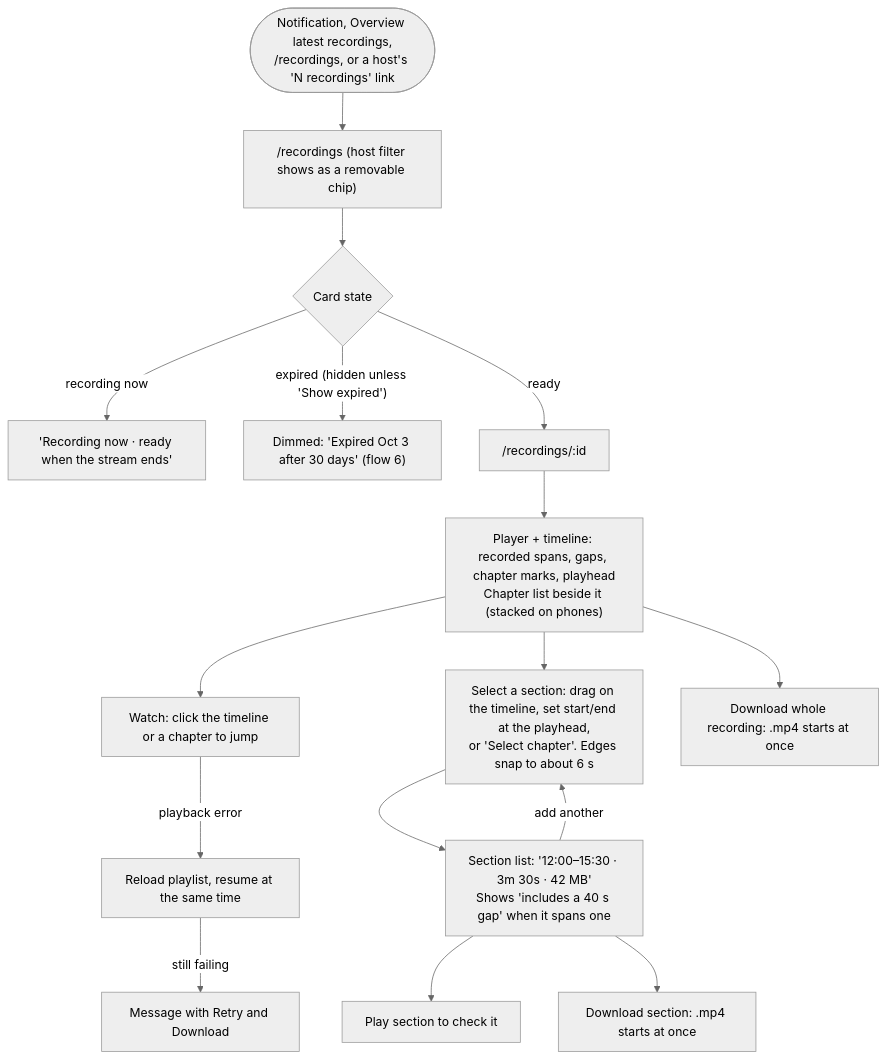
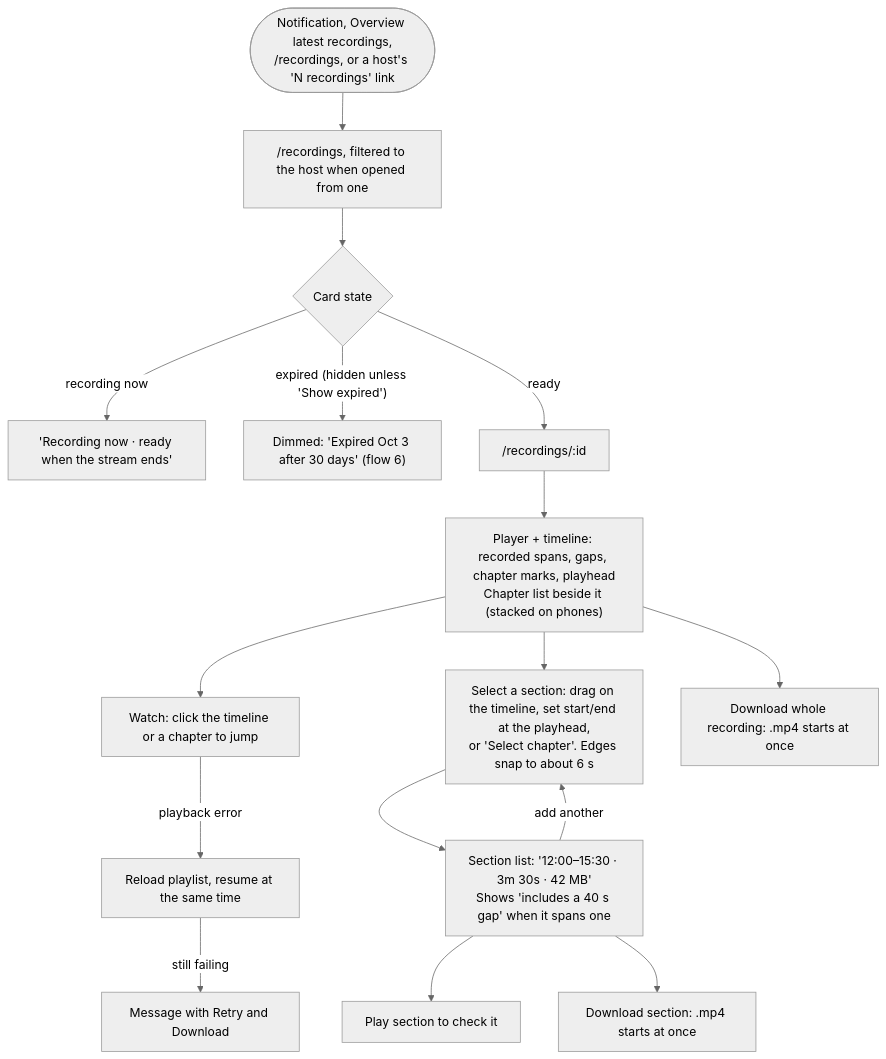
The fourth of 11 diagrams in docs/user-flows.md (binhld98/AutoRecordLive), drawn with Mermaid (neutral theme) before and after one commit. The commit also changed other lines of this file, not shown here.

Commit message:
docs: add active listeners to user flows

````diff
--- a/docs/user-flows.md
+++ b/docs/user-flows.md
@@ -150,18 +161,18 @@
 ```mermaid
 flowchart TD
-  entry(["Notification, Overview latest recordings,<br/>/recordings, or a host's 'N recordings' link"]) --> list["/recordings (host filter shows as a removable chip)"]
+  entry(["Notification, Overview latest recordings,<br/>/recordings, or a host's 'N recordings' link"]) --> list["/recordings, filtered to the host when opened from one"]
   list --> card{"Card state"}
   card -- "recording now" --> inprog["'Recording now · ready when the stream ends'"]
   card -- "expired (hidden unless 'Show expired')" --> expired["Dimmed: 'Expired Oct 3 after 30 days' (flow 6)"]
   card -- ready --> detail["/recordings/:id"]
   detail --> editor["Player + timeline: recorded spans, gaps, chapter marks, playhead<br/>Chapter list beside it (stacked on phones)"]
   editor --> watch["Watch: click the timeline or a chapter to jump"]
   editor --> select["Select a section: drag on the timeline, set start/end at the playhead,<br/>or 'Select chapter'. Edges snap to about 6 s"]
   select --> sections["Section list: '12:00–15:30 · 3m 30s · 42 MB'<br/>Shows 'includes a 40 s gap' when it spans one"]
   sections --> previewsel["Play section to check it"]
   sections --> dlsec["Download section: .mp4 starts at once"]
   sections -- "add another" --> select
   editor --> dlall["Download whole recording: .mp4 starts at once"]
   watch -- "playback error" --> retry["Reload playlist, resume at the same time"]
   retry -- "still failing" --> msg["Message with Retry and Download"]
 ```
````
